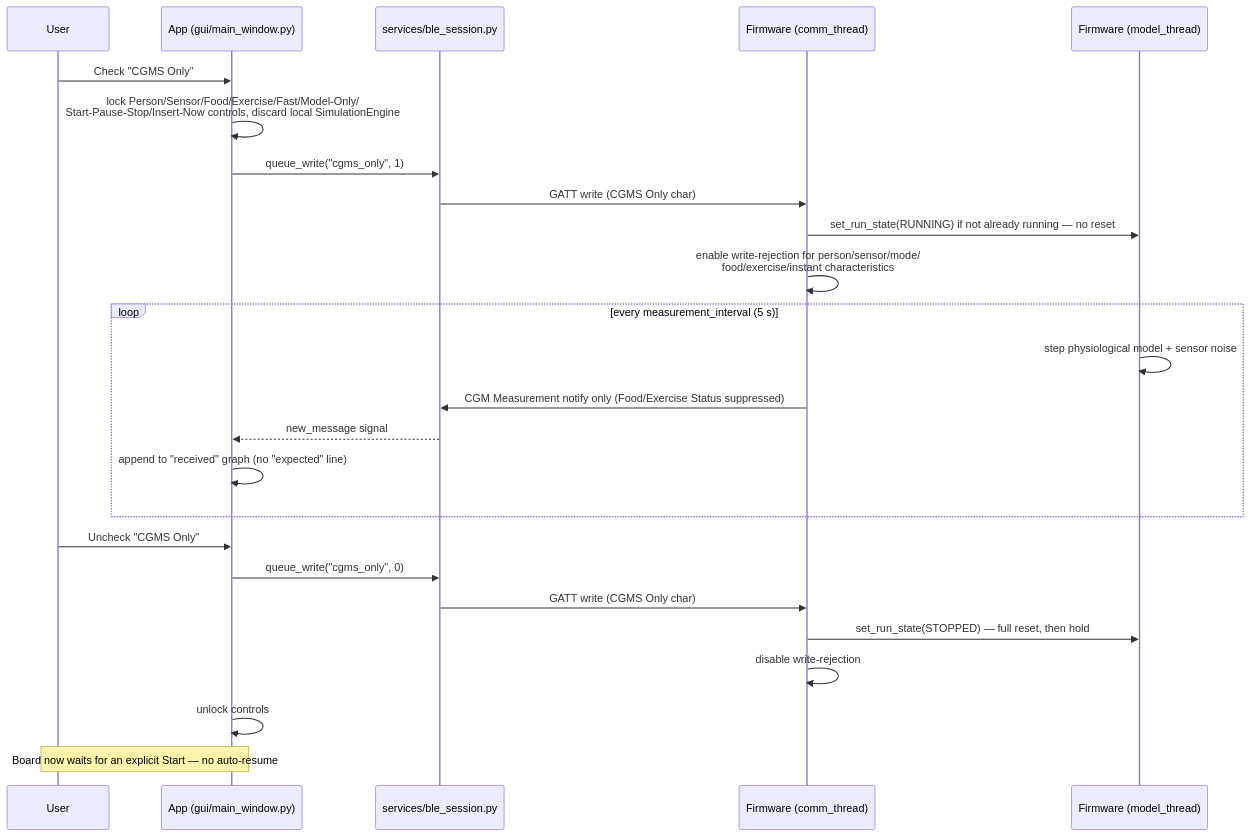
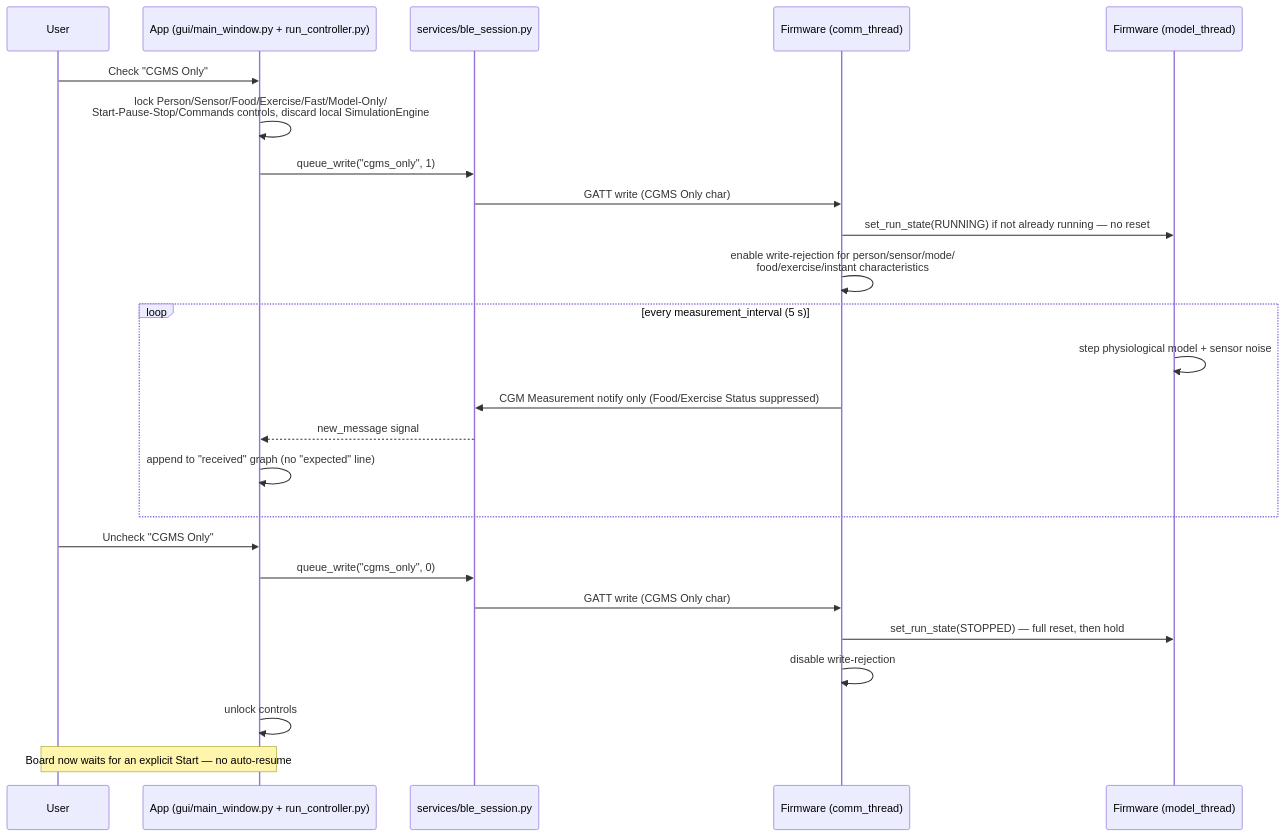
The sixth of 6 diagrams in docs/ARCHITECTURE.md (gomes717/SensorSimulator), drawn with Mermaid before and after one commit. The commit also changed other lines of this file and 67 other files, not shown here.

First line of the commit message:
feat(gui): tabbed sensor UI, Start pushes the app profile to the board

````diff
--- a/docs/ARCHITECTURE.md
+++ b/docs/ARCHITECTURE.md
@@ -294,29 +315,29 @@
 ```mermaid
 sequenceDiagram
     participant U as User
-    participant App as App (gui/main_window.py)
+    participant App as App (gui/main_window.py + run_controller.py)
     participant BLE as services/ble_session.py
     participant FW as Firmware (comm_thread)
     participant Model as Firmware (model_thread)
 
     U->>App: Check "CGMS Only"
-    App->>App: lock Person/Sensor/Food/Exercise/Fast/Model-Only/<br/>Start-Pause-Stop/Insert-Now controls, discard local SimulationEngine
+    App->>App: lock Person/Sensor/Food/Exercise/Fast/Model-Only/<br/>Start-Pause-Stop/Commands controls, discard local SimulationEngine
     App->>BLE: queue_write("cgms_only", 1)
     BLE->>FW: GATT write (CGMS Only char)
     FW->>Model: set_run_state(RUNNING) if not already running — no reset
     FW->>FW: enable write-rejection for person/sensor/mode/<br/>food/exercise/instant characteristics
     loop every measurement_interval (5 s)
         Model->>Model: step physiological model + sensor noise
         FW->>BLE: CGM Measurement notify only (Food/Exercise Status suppressed)
         BLE-->>App: new_message signal
         App->>App: append to "received" graph (no "expected" line)
     end
 
     U->>App: Uncheck "CGMS Only"
     App->>BLE: queue_write("cgms_only", 0)
     BLE->>FW: GATT write (CGMS Only char)
     FW->>Model: set_run_state(STOPPED) — full reset, then hold
     FW->>FW: disable write-rejection
     App->>App: unlock controls
     Note over U,App: Board now waits for an explicit Start — no auto-resume
 ```
````
